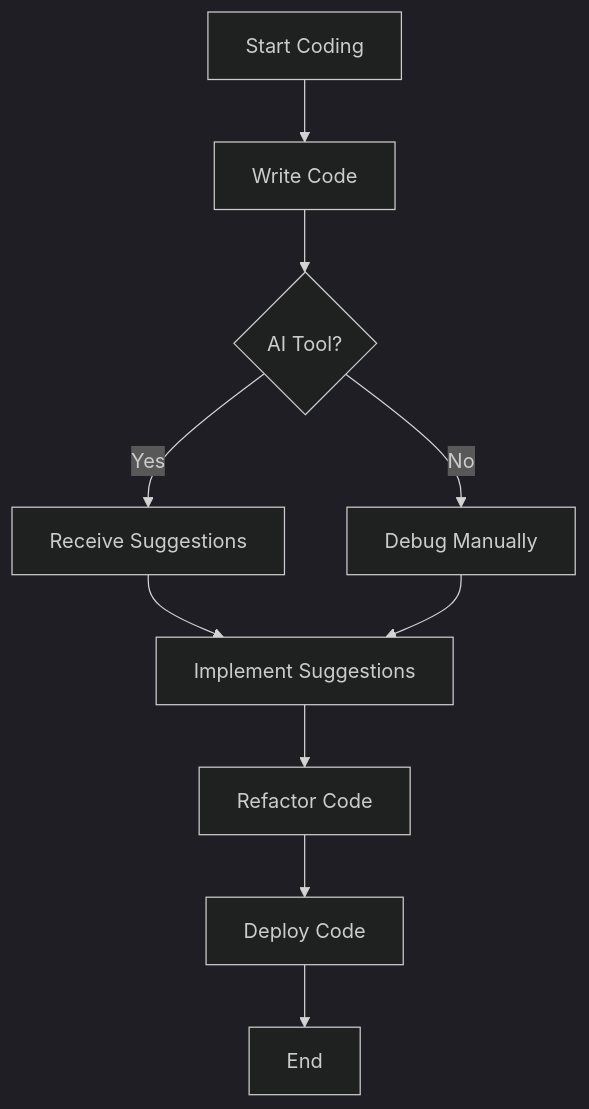
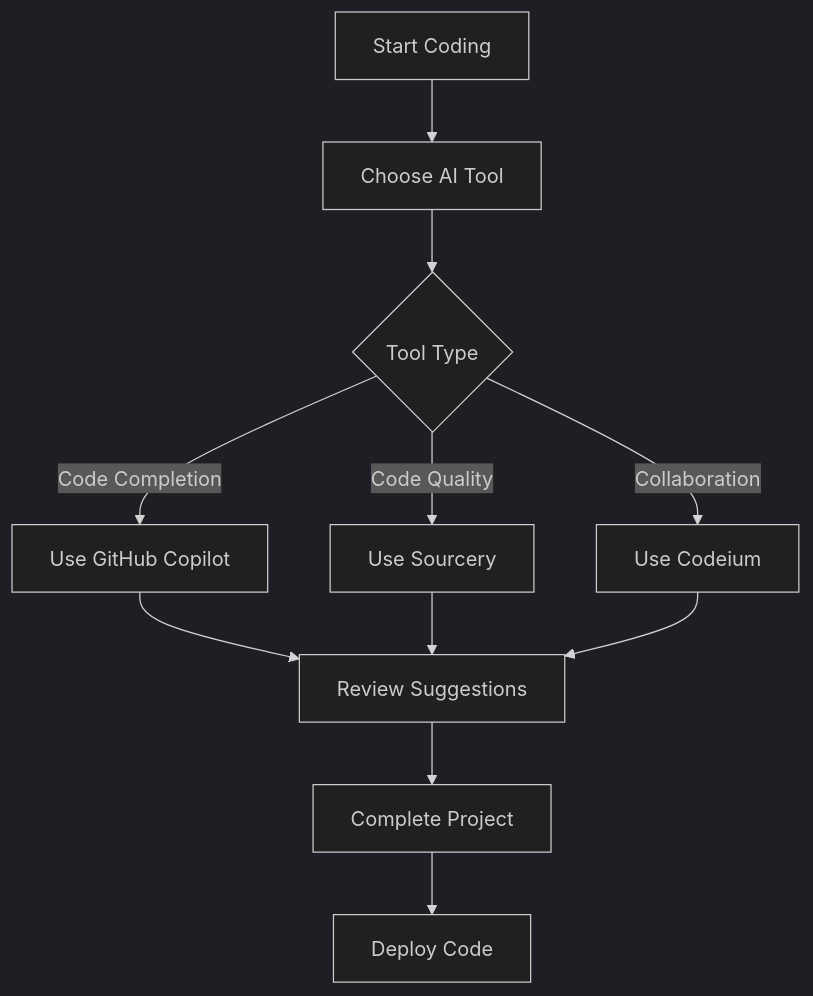
Before and after one commit to ai-tools-lab/ai-tools-lab.github.io: the diagram in content/posts/top-ai-coding-tools-for-developers-in-2026.md, drawn with Mermaid (dark theme). The commit also changed other lines of this file and 51 other files, not shown here.

````diff
--- a/content/posts/top-ai-coding-tools-for-developers-in-2026.md
+++ b/content/posts/top-ai-coding-tools-for-developers-in-2026.md
@@ -130,12 +146,13 @@
 ```mermaid
 graph TD;
-    A[Start Coding] --> B[Write Code];
-    B --> C{AI Tool?};
-    C -->|Yes| D[Receive Suggestions];
-    C -->|No| E[Debug Manually];
-    D --> F[Implement Suggestions];
-    F --> G[Refactor Code];
-    E --> F;
-    G --> H[Deploy Code];
-    H --> I[End];
+    A[Start Coding] --> B[Choose AI Tool]
+    B --> C{Tool Type}
+    C -->|Code Completion| D[Use GitHub Copilot]
+    C -->|Code Quality| E[Use Sourcery]
+    C -->|Collaboration| F[Use Codeium]
+    D --> G[Review Suggestions]
+    E --> G
+    F --> G
+    G --> H[Complete Project]
+    H --> I[Deploy Code]
 ```
````
